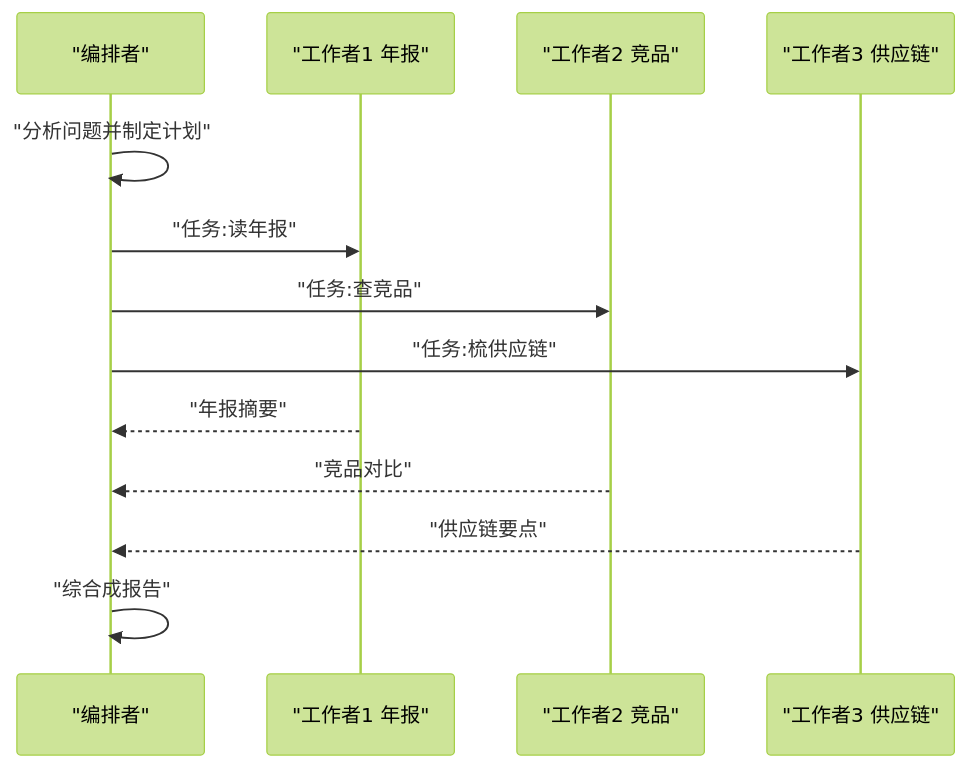
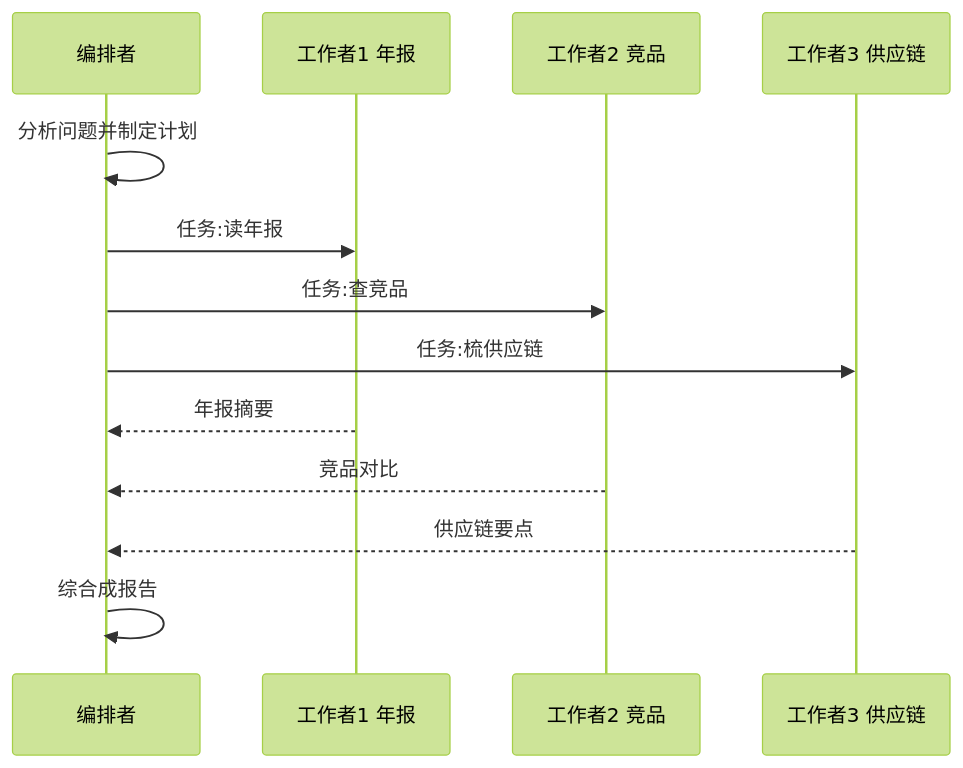
Before and after one commit to Shyu-x/frontend-interview: the sixth of 9 diagrams in docs/agent/multi/orchestration-patterns.md, drawn with Mermaid (forest theme). The commit also changed other lines of this file and 23 other files, not shown here.

First line of the commit message:
fix(docs): 修复 28 张无法渲染的 Mermaid 图，新增真实解析器校验与 PDF 下载页

````diff
--- a/docs/agent/multi/orchestration-patterns.md
+++ b/docs/agent/multi/orchestration-patterns.md
@@ -686,15 +686,15 @@
 ```mermaid
 sequenceDiagram
-    participant O as "编排者"
-    participant W1 as "工作者1 年报"
-    participant W2 as "工作者2 竞品"
-    participant W3 as "工作者3 供应链"
-    O->>O: "分析问题并制定计划"
-    O->>W1: "任务:读年报"
-    O->>W2: "任务:查竞品"
-    O->>W3: "任务:梳供应链"
-    W1-->>O: "年报摘要"
-    W2-->>O: "竞品对比"
-    W3-->>O: "供应链要点"
-    O->>O: "综合成报告"
+    participant O as 编排者
+    participant W1 as 工作者1 年报
+    participant W2 as 工作者2 竞品
+    participant W3 as 工作者3 供应链
+    O->>O: 分析问题并制定计划
+    O->>W1: 任务:读年报
+    O->>W2: 任务:查竞品
+    O->>W3: 任务:梳供应链
+    W1-->>O: 年报摘要
+    W2-->>O: 竞品对比
+    W3-->>O: 供应链要点
+    O->>O: 综合成报告
 ```
````
